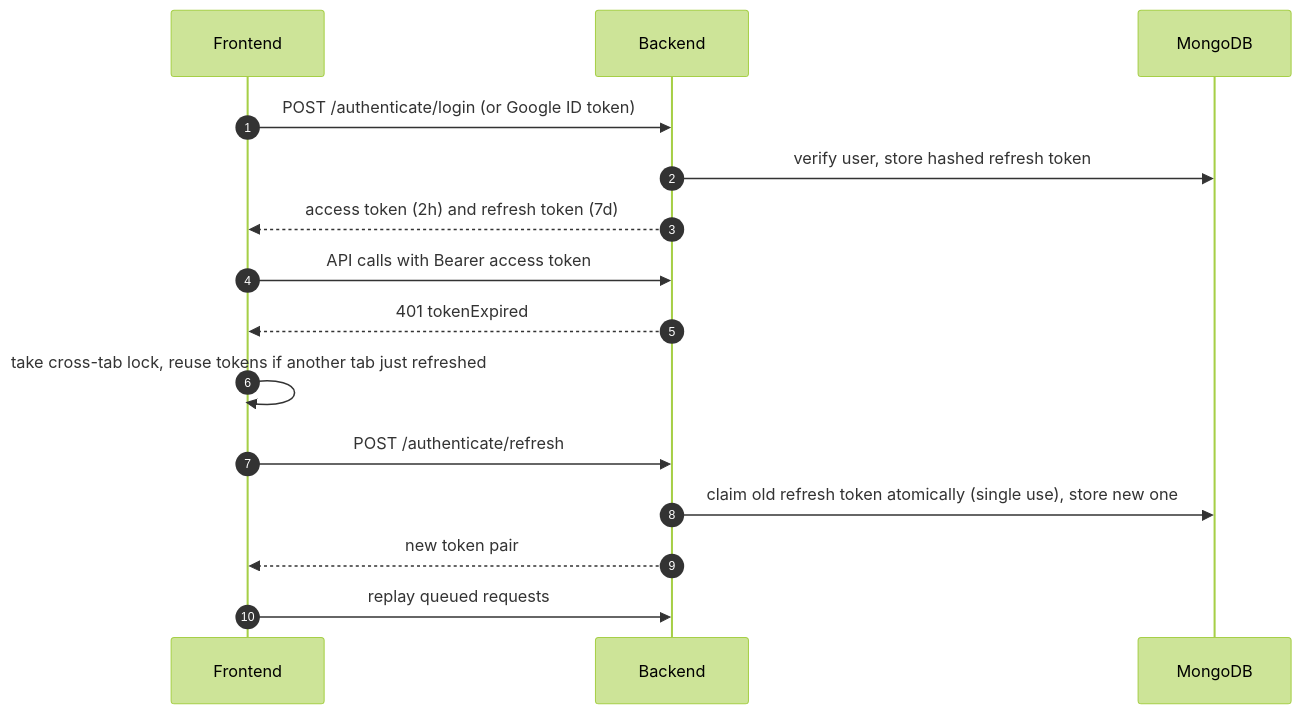
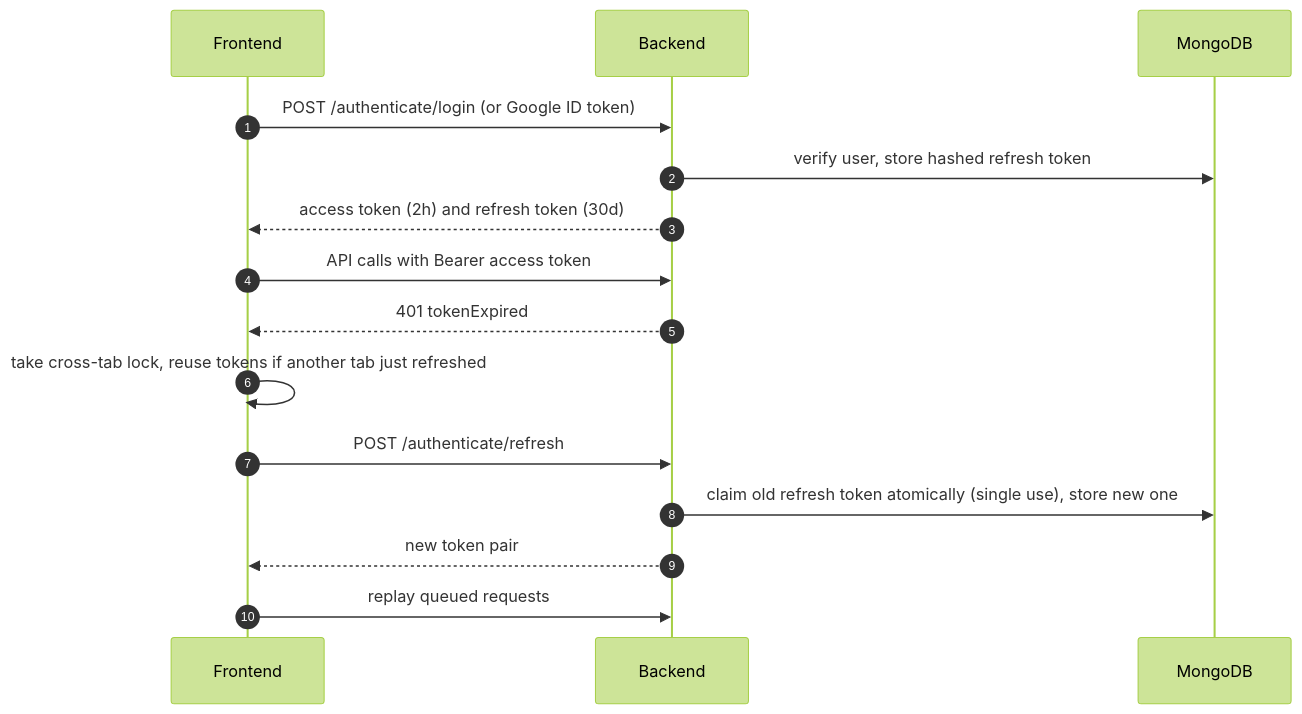
One commit to AskAide-AI/docs changed the seventh of 8 diagrams in docs/reference/hld.md. Above: the diagram before and after it, drawn with Mermaid (forest theme). The commit also changed other lines of this file and 12 other files, not shown here.

````diff
--- a/docs/reference/hld.md
+++ b/docs/reference/hld.md
@@ -316,17 +316,17 @@
 ```mermaid
 sequenceDiagram
     autonumber
     participant FE as Frontend
     participant BE as Backend
     participant DB as MongoDB
     FE->>BE: POST /authenticate/login (or Google ID token)
     BE->>DB: verify user, store hashed refresh token
-    BE-->>FE: access token (2h) and refresh token (7d)
+    BE-->>FE: access token (2h) and refresh token (30d)
     FE->>BE: API calls with Bearer access token
     BE-->>FE: 401 tokenExpired
     FE->>FE: take cross-tab lock, reuse tokens if another tab just refreshed
     FE->>BE: POST /authenticate/refresh
     BE->>DB: claim old refresh token atomically (single use), store new one
     BE-->>FE: new token pair
     FE->>BE: replay queued requests
 ```
````
